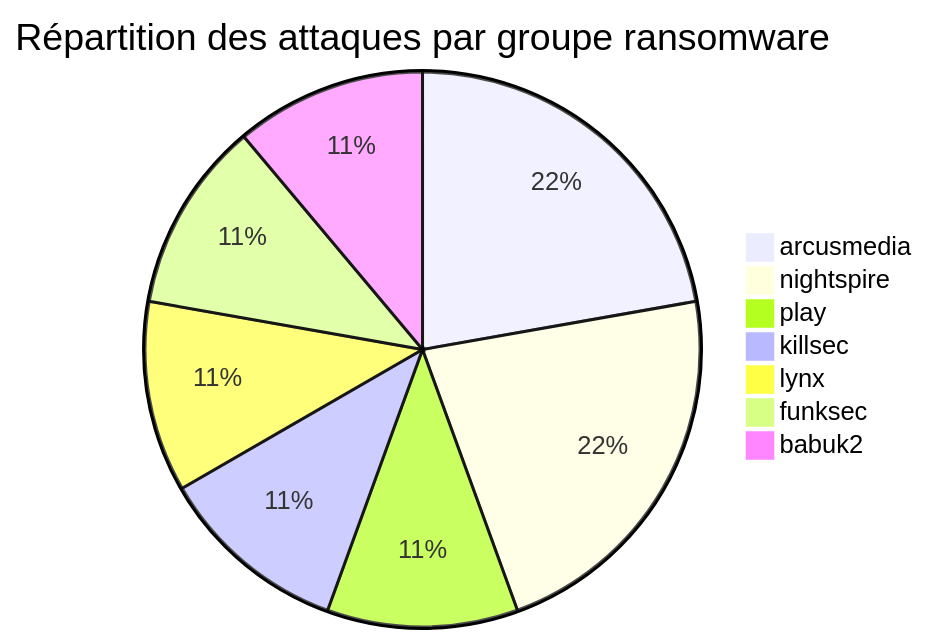
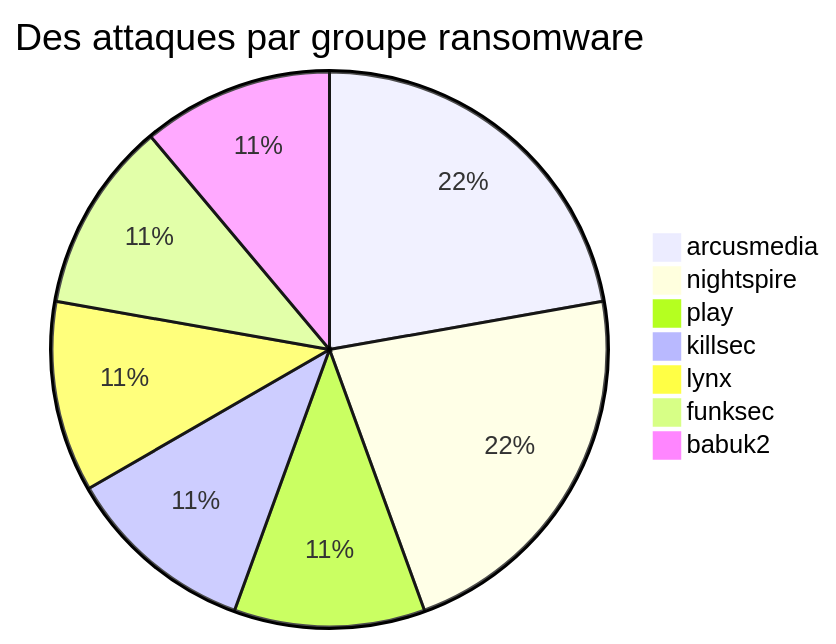
The first of 5 diagrams in reports/2025/03-march/README_FR.md (Hatchepsoute/AFRINTEL), drawn with Mermaid before and after one commit. The commit also changed 1 other file, not shown here.

Commit message:
chore: update repo content

````diff
--- a/reports/2025/03-march/README_FR.md
+++ b/reports/2025/03-march/README_FR.md
@@ -32,10 +32,10 @@
 ```mermaid
-pie title Répartition des attaques par groupe ransomware
+pie title Des attaques par groupe ransomware
     "arcusmedia" : 2
     "nightspire" : 2
     "play" : 1
     "killsec" : 1
     "lynx" : 1
     "funksec" : 1
     "babuk2" : 1
 ```
````
